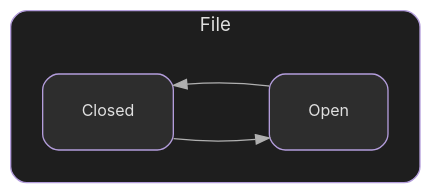
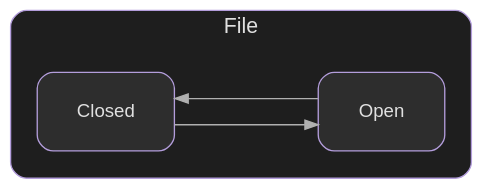
One commit to elijahr/nim-typestates changed the diagram in docs/assets/images/generated/file.dot. Above: the diagram before and after it, drawn with Graphviz. The commit also changed 12 other files, not shown here.

```diff
--- a/docs/assets/images/generated/file.dot
+++ b/docs/assets/images/generated/file.dot
@@ -1,29 +1,31 @@
 digraph {
   rankdir=LR;
-  splines=polyline;
+  splines=ortho;
+  compound=true;
   nodesep=0.8;
-  ranksep=1.0;
+  ranksep=1.5;
   bgcolor="transparent";
-  pad=1.0;
+  pad=0.3;
 
-  node [shape=box, style="rounded,filled", fillcolor="#2d2d2d", color="#b39ddb", fontcolor="#e0e0e0", fontname="Inter, SF Pro Display, -apple-system, BlinkMacSystemFont, Segoe UI, Roboto, sans-serif", fontsize=12, margin="0.4,0.3"];
-  edge [fontname="Inter, SF Pro Display, -apple-system, BlinkMacSystemFont, Segoe UI, Roboto, sans-serif", fontsize=9, color="#b0b0b0"];
+  node [shape=box, style="rounded,filled", fillcolor="#2d2d2d", color="#b39ddb", fontcolor="#e0e0e0", fontname="sans-serif", fontsize=14, margin="0.4,0.3"];
+  edge [fontname="sans-serif", fontsize=11, color="#b0b0b0"];
 
   subgraph cluster_File {
     label="File";
-    fontname="Inter, SF Pro Display, -apple-system, BlinkMacSystemFont, Segoe UI, Roboto, sans-serif";
-    fontsize=14;
+    fontname="sans-serif";
+    fontsize=16;
     fontcolor="#e0e0e0";
+    labelloc=t;
     style="rounded";
     color="#b39ddb";
     bgcolor="#1e1e1e";
-    margin=24;
+    margin=20;
 
     Closed;
     Open;
 
     Closed -> Open;
     Open -> Closed;
   }
 
 }
```
